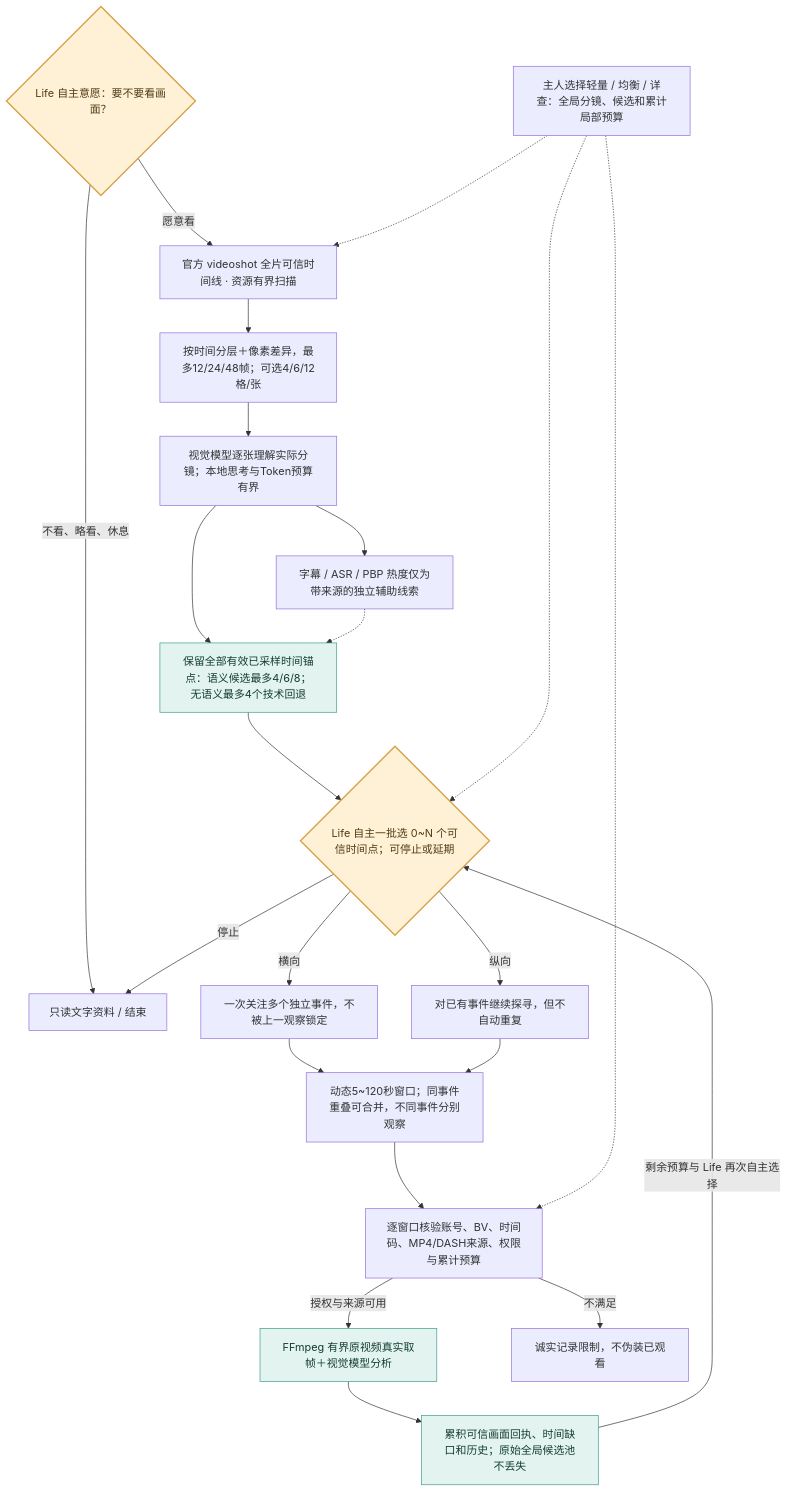
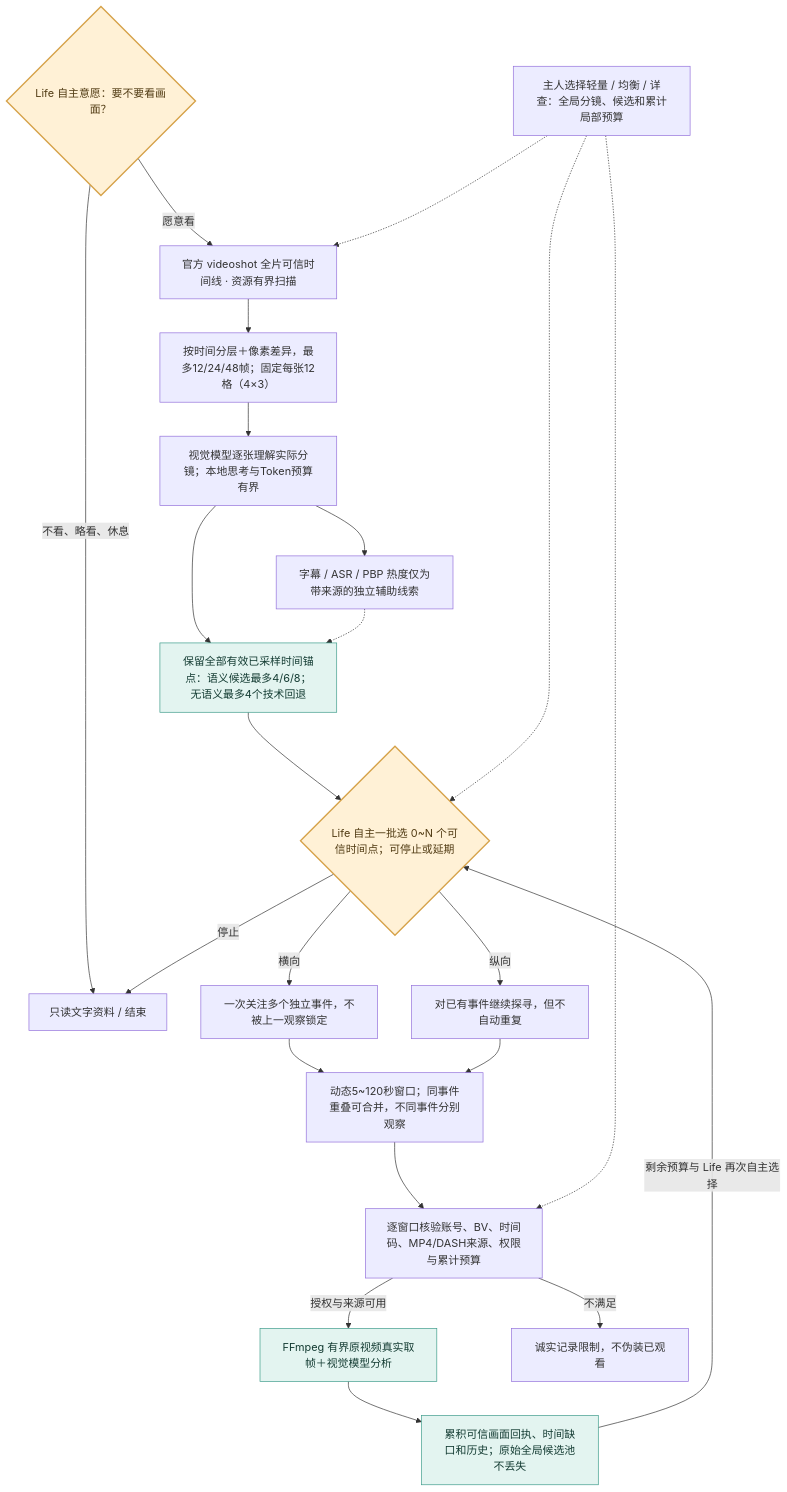
One commit to minedalang/dsh-dafeiyu-life changed the diagram in docs/architecture/diagrams/video-perception-current.mmd. Above: the diagram before and after it, drawn with Mermaid. The commit also changed 27 other files, not shown here.

```diff
--- a/docs/architecture/diagrams/video-perception-current.mmd
+++ b/docs/architecture/diagrams/video-perception-current.mmd
@@ -1,28 +1,28 @@
 flowchart TB
   budget["主人选择轻量 / 均衡 / 详查：全局分镜、候选和累计局部预算"]
   life{"Life 自主意愿：要不要看画面？"}
   life -->|不看、略看、休息| stop["只读文字资料 / 结束"]
   life -->|愿意看| preview["官方 videoshot 全片可信时间线 · 资源有界扫描"]
   budget -.-> preview
-  preview --> coverage["按时间分层＋像素差异，最多12/24/48帧；可选4/6/12格/张"]
+  preview --> coverage["按时间分层＋像素差异，最多12/24/48帧；固定每张12格（4×3）"]
   coverage --> vision["视觉模型逐张理解实际分镜；本地思考与Token预算有界"]
   vision --> pool["保留全部有效已采样时间锚点：语义候选最多4/6/8；无语义最多4个技术回退"]
   vision --> signals["字幕 / ASR / PBP 热度仅为带来源的独立辅助线索"]
   signals -.-> pool
   pool --> choose{"Life 自主一批选 0~N 个可信时间点；可停止或延期"}
   budget -.-> choose
   choose -->|横向| wide["一次关注多个独立事件，不被上一观察锁定"]
   choose -->|纵向| deep["对已有事件继续探寻，但不自动重复"]
   choose -->|停止| stop
   wide --> merge["动态5~120秒窗口；同事件重叠可合并，不同事件分别观察"]
   deep --> merge
   merge --> gate["逐窗口核验账号、BV、时间码、MP4/DASH来源、权限与累计预算"]
   budget -.-> gate
   gate -->|授权与来源可用| ffmpeg["FFmpeg 有界原视频真实取帧＋视觉模型分析"]
   gate -->|不满足| blocked["诚实记录限制，不伪装已观看"]
   ffmpeg --> evidence["累积可信画面回执、时间缺口和历史；原始全局候选池不丢失"]
   evidence -->|剩余预算与 Life 再次自主选择| choose
   classDef life fill:#fff1d6,stroke:#d6a249,color:#523c14,stroke-width:2px;
   classDef observed fill:#e3f4f0,stroke:#3d9c8a,color:#143c33;
   class life,choose life;
   class pool,ffmpeg,evidence observed;
```
